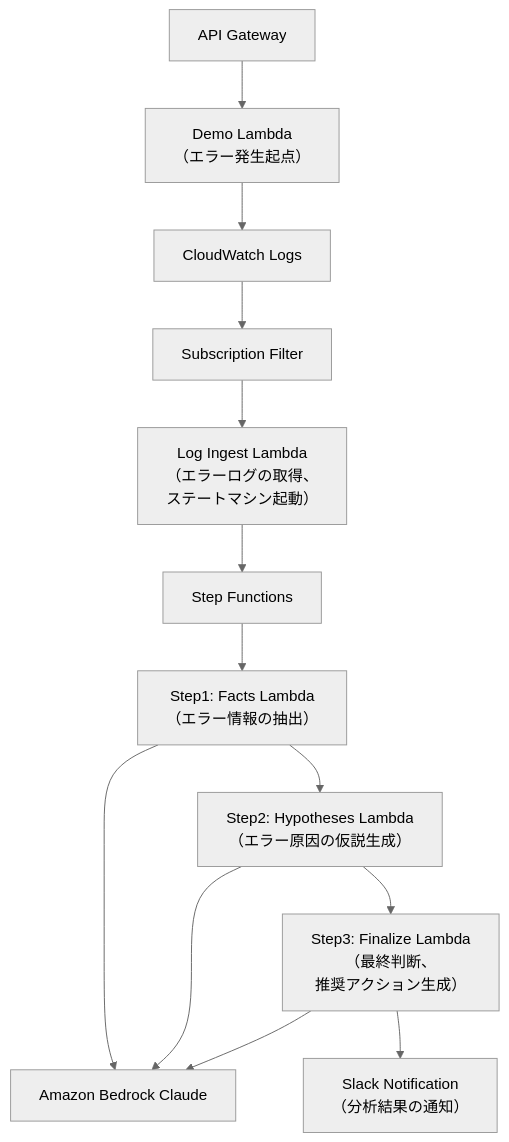
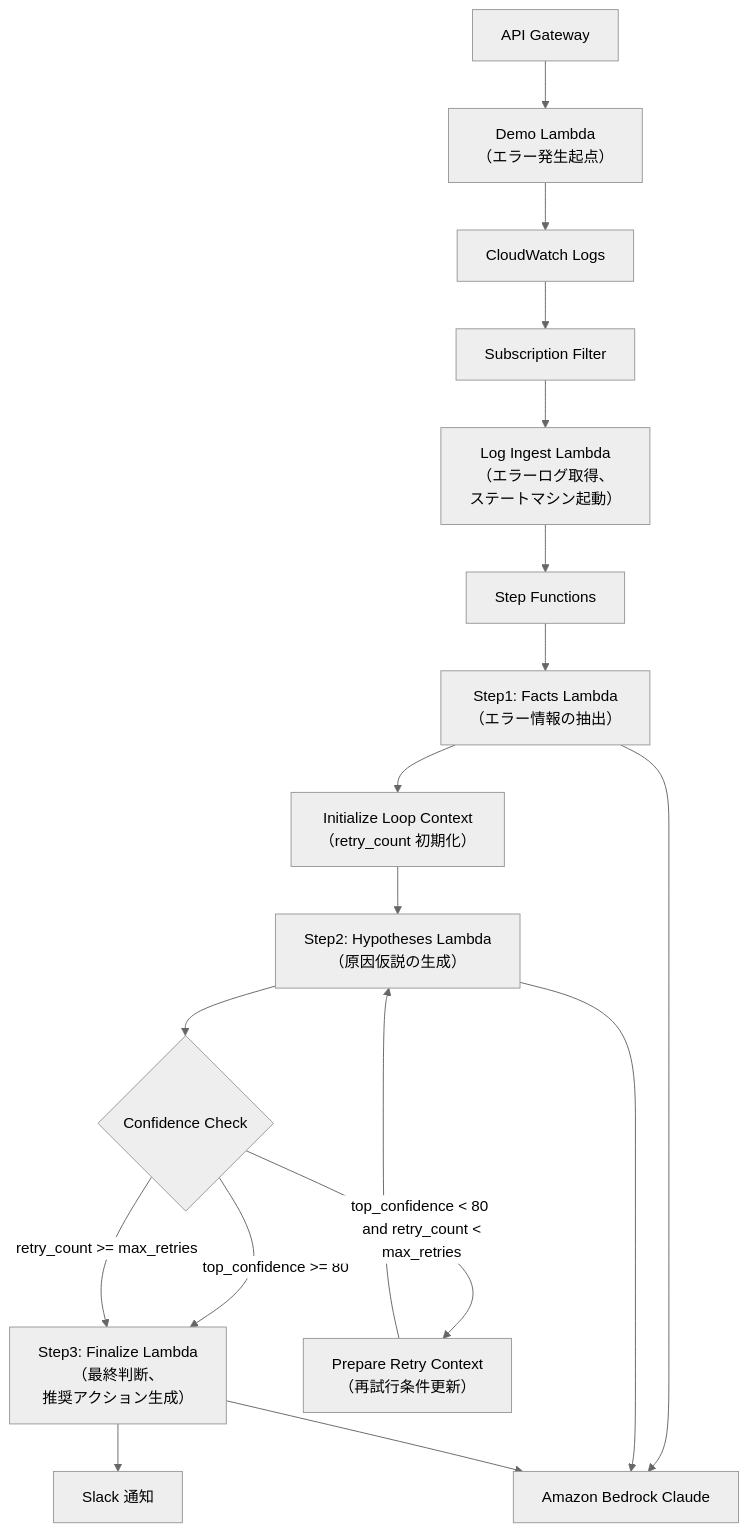
The first of 2 diagrams in README.md (Saxon-Pi/ai-sre-assistant), drawn with Mermaid (neutral theme) before and after one commit.

Commit message:
ループ実装に伴うアーキ図変更

````diff
--- a/README.md
+++ b/README.md
@@ -40,22 +40,26 @@
 ``` mermaid
 flowchart TD
 
-A[API Gateway] --> B[Demo Lambda <br> （エラー発生起点）]
-
+A[API Gateway] --> B[Demo Lambda <br>（エラー発生起点）]
 B --> C[CloudWatch Logs]
-
 C --> D[Subscription Filter]
-
-D --> E[Log Ingest Lambda <br>（エラーログの取得、<br>ステートマシン起動）]
+D --> E[Log Ingest Lambda <br>（エラーログ取得、<br>ステートマシン起動）]
 
 E --> F[Step Functions]
 
-F --> G[Step1: Facts Lambda <br> （エラー情報の抽出）]
-G --> H[Step2: Hypotheses Lambda <br> （エラー原因の仮説生成）]
-H --> I[Step3: Finalize Lambda <br> （最終判断、<br>推奨アクション生成）]
+F --> G[Step1: Facts Lambda <br>（エラー情報の抽出）]
+G --> H[Initialize Loop Context <br>（retry_count 初期化）]
+H --> I[Step2: Hypotheses Lambda <br>（原因仮説の生成）]
+I --> J{Confidence Check}
 
-G --> J[Amazon Bedrock Claude]
-H --> J
-I --> J
-I --> K[Slack Notification <br> （分析結果の通知）]
+J -->|top_confidence >= 80| K[Step3: Finalize Lambda <br>（最終判断、<br>推奨アクション生成）]
+J -->|top_confidence < 80 <br> and retry_count < max_retries| L[Prepare Retry Context <br>（再試行条件更新）]
+L --> I
+J -->|retry_count >= max_retries| K
+
+G --> M[Amazon Bedrock Claude]
+I --> M
+K --> M
+
+K --> N[Slack 通知]
 ```
````
